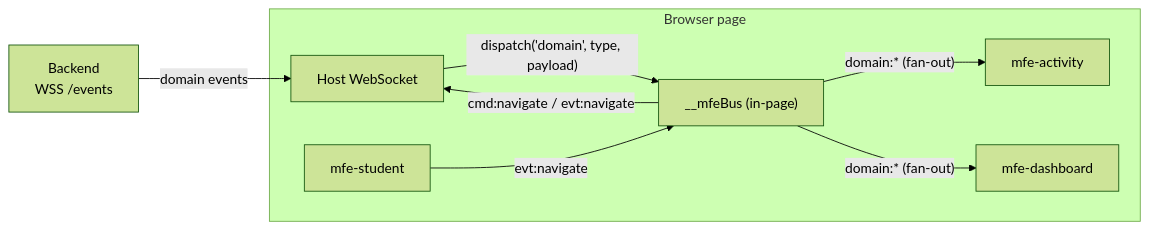
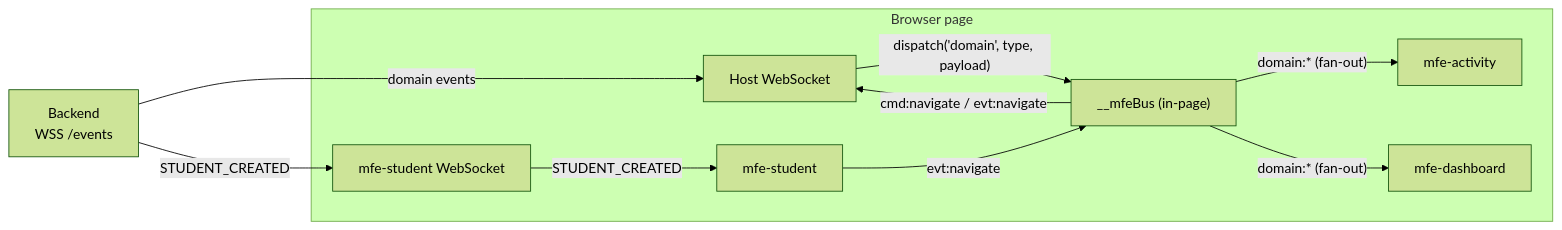
The third of 5 diagrams in docs/architecture.md (fidelis27/mfe-communication), drawn with Mermaid (forest theme) before and after one commit. The commit also changed other lines of this file and 26 other files, not shown here.

````diff
--- a/docs/architecture.md
+++ b/docs/architecture.md
@@ -77,19 +80,22 @@
 ```mermaid
 flowchart LR
     api["Backend<br/>WSS /events"]
 
     subgraph page["Browser page"]
         hostws["Host WebSocket"]
+        studentws["mfe-student WebSocket"]
         pagebus["__mfeBus (in-page)"]
         a["mfe-activity"]
         d["mfe-dashboard"]
         s["mfe-student"]
         hostws -- "dispatch('domain', type, payload)" --> pagebus
         pagebus -- "domain:* (fan-out)" --> a
         pagebus -- "domain:* (fan-out)" --> d
+        studentws -- "STUDENT_CREATED" --> s
         s -- "evt:navigate" --> pagebus
         pagebus -- "cmd:navigate / evt:navigate" --> hostws
     end
 
     api -- "domain events" --> hostws
+    api -- "STUDENT_CREATED" --> studentws
 ```
````
